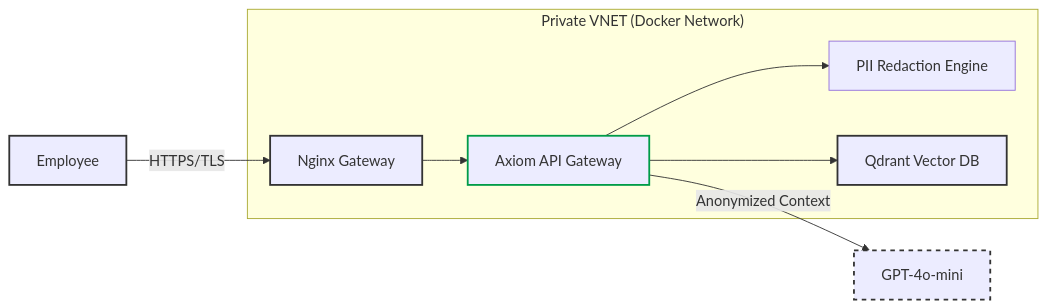
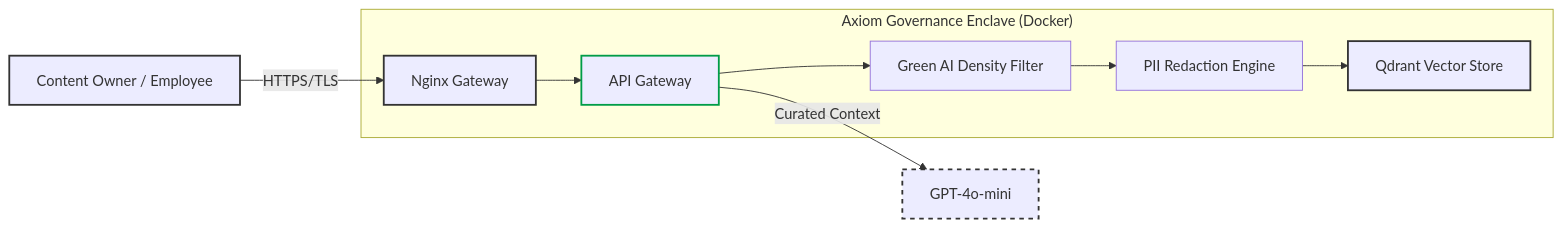
Before and after one commit to Nibir1/Axiom: the first of 2 diagrams in README.md, drawn with Mermaid. The commit also changed other lines of this file, not shown here.

````diff
--- a/README.md
+++ b/README.md
@@ -31,17 +41,18 @@
 ```mermaid
 graph LR
-    User[Employee] -- "HTTPS/TLS" --> Ingress[Nginx Gateway]
-    subgraph "Private VNET (Docker Network)"
-        Ingress --> Gatekeeper[Axiom API Gateway]
-        Gatekeeper --> Scrubber[PII Redaction Engine]
-        Gatekeeper --> Vault[Qdrant Vector DB]
+    User[Content Owner / Employee] -- "HTTPS/TLS" --> Ingress[Nginx Gateway]
+    subgraph "Axiom Governance Enclave (Docker)"
+        Ingress --> Gatekeeper[API Gateway]
+        Gatekeeper --> Filter[Green AI Density Filter]
+        Filter --> Scrubber[PII Redaction Engine]
+        Scrubber --> Vault[Qdrant Vector Store]
     end
-    Gatekeeper -- "Anonymized Context" --> OpenAI[GPT-4o-mini]
+    Gatekeeper -- "Curated Context" --> OpenAI[GPT-4o-mini]
     
     style User stroke:#333,stroke-width:2px
     style Ingress stroke:#333,stroke-width:2px
     style Gatekeeper stroke:#009c48,stroke-width:2px
     style Vault stroke:#333,stroke-width:2px
     style OpenAI stroke:#333,stroke-width:2px,stroke-dasharray: 5 5
 
 ```
````
